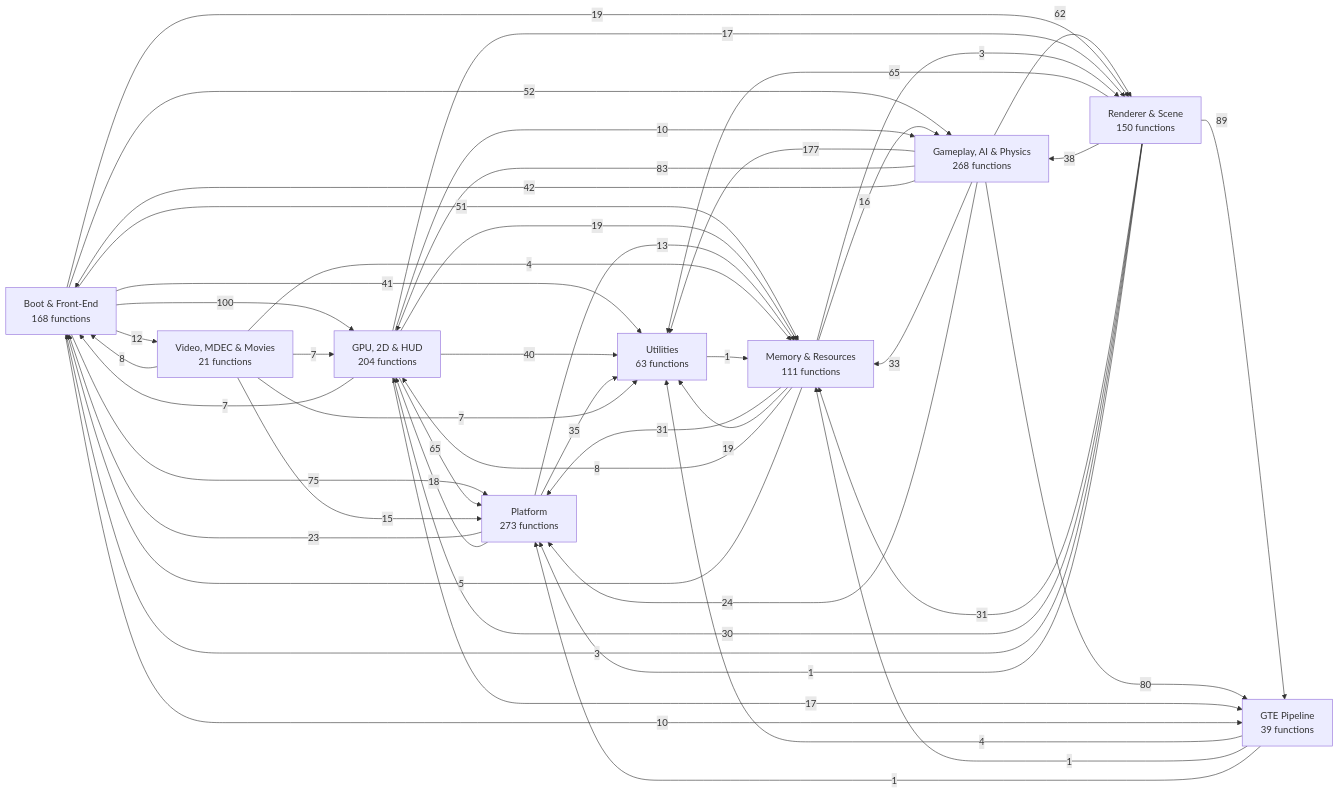
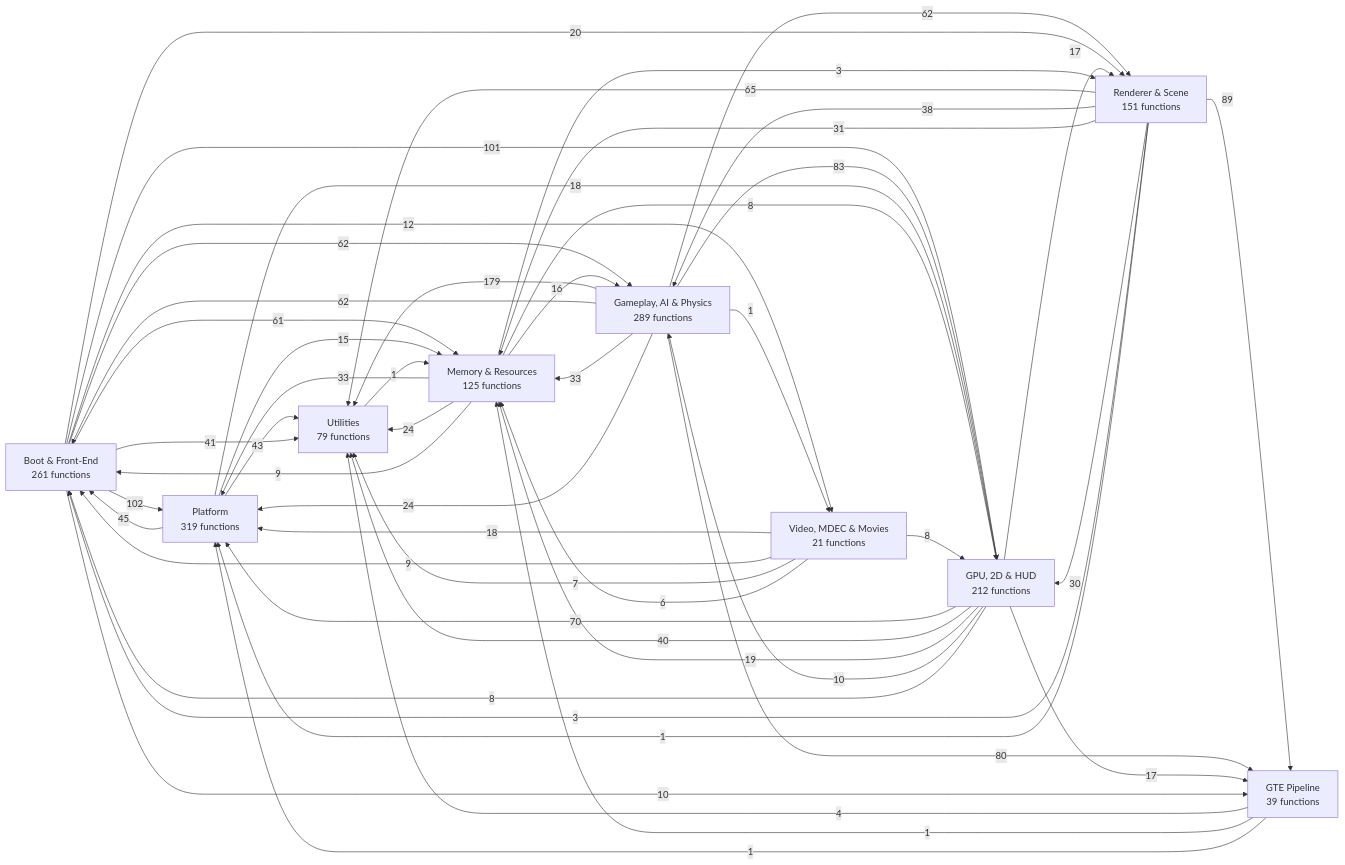
Before and after one commit to kai-luni/Future-Cop-L.A.P.D-PS1: the first of 11 diagrams in docs/FUNCTION_MAP.md, drawn with Mermaid. The commit also changed other lines of this file, not shown here.

````diff
--- a/docs/FUNCTION_MAP.md
+++ b/docs/FUNCTION_MAP.md
@@ -13,60 +13,61 @@
 ```mermaid
 graph LR
-    g0["Boot & Front-End<br/>168 functions"]
-    g1["Memory & Resources<br/>111 functions"]
+    g0["Boot & Front-End<br/>261 functions"]
+    g1["Memory & Resources<br/>125 functions"]
     g2["Video, MDEC & Movies<br/>21 functions"]
     g3["GTE Pipeline<br/>39 functions"]
-    g4["Renderer & Scene<br/>150 functions"]
-    g5["GPU, 2D & HUD<br/>204 functions"]
-    g6["Gameplay, AI & Physics<br/>268 functions"]
-    g7["Platform<br/>273 functions"]
-    g8["Utilities<br/>63 functions"]
-    g6 -->|177| g8
-    g0 -->|100| g5
+    g4["Renderer & Scene<br/>151 functions"]
+    g5["GPU, 2D & HUD<br/>212 functions"]
+    g6["Gameplay, AI & Physics<br/>289 functions"]
+    g7["Platform<br/>319 functions"]
+    g8["Utilities<br/>79 functions"]
+    g6 -->|179| g8
+    g0 -->|102| g7
+    g0 -->|101| g5
     g4 -->|89| g3
     g6 -->|83| g5
     g6 -->|80| g3
-    g0 -->|75| g7
-    g5 -->|65| g7
+    g5 -->|70| g7
     g4 -->|65| g8
+    g0 -->|62| g6
+    g6 -->|62| g0
     g6 -->|62| g4
-    g0 -->|52| g6
-    g0 -->|51| g1
-    g6 -->|42| g0
+    g0 -->|61| g1
+    g7 -->|45| g0
+    g7 -->|43| g8
     g0 -->|41| g8
     g5 -->|40| g8
     g4 -->|38| g6
-    g7 -->|35| g8
     g6 -->|33| g1
-    g1 -->|31| g7
+    g1 -->|33| g7
     g4 -->|31| g1
     g4 -->|30| g5
     g6 -->|24| g7
-    g7 -->|23| g0
-    g0 -->|19| g4
+    g1 -->|24| g8
+    g0 -->|20| g4
     g5 -->|19| g1
-    g1 -->|19| g8
     g7 -->|18| g5
+    g2 -->|18| g7
     g5 -->|17| g3
     g5 -->|17| g4
     g1 -->|16| g6
-    g2 -->|15| g7
-    g7 -->|13| g1
+    g7 -->|15| g1
     g0 -->|12| g2
     g0 -->|10| g3
     g5 -->|10| g6
+    g1 -->|9| g0
+    g2 -->|9| g0
+    g5 -->|8| g0
     g1 -->|8| g5
-    g2 -->|8| g0
-    g5 -->|7| g0
-    g2 -->|7| g5
+    g2 -->|8| g5
     g2 -->|7| g8
-    g1 -->|5| g0
+    g2 -->|6| g1
     g3 -->|4| g8
-    g2 -->|4| g1
     g1 -->|3| g4
     g4 -->|3| g0
     g3 -->|1| g1
     g3 -->|1| g7
+    g6 -->|1| g2
     g4 -->|1| g7
     g8 -->|1| g1
 ```
````
